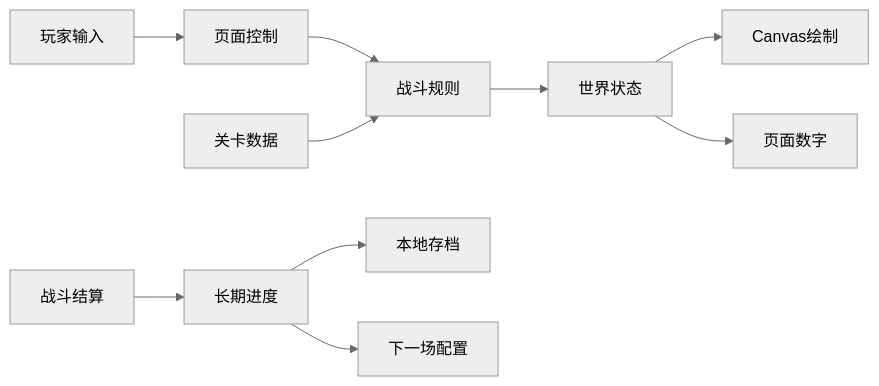
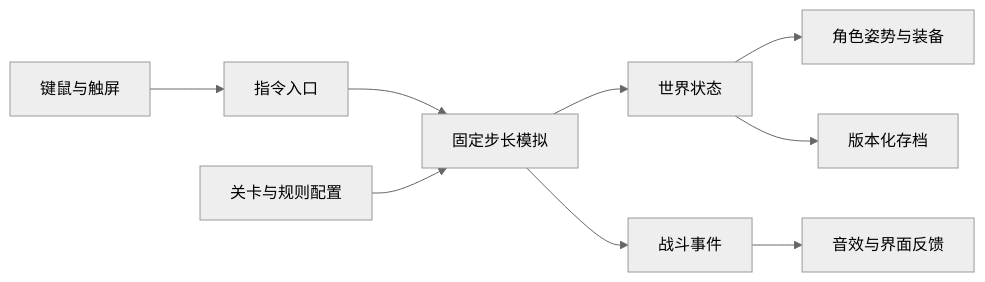
Before and after one commit to channely/ember-stick-war: the diagram in docs/设计与实现.md, drawn with Mermaid (neutral theme). The commit also changed other lines of this file and 57 other files, not shown here.

````diff
--- a/docs/设计与实现.md
+++ b/docs/设计与实现.md
@@ -7,12 +7,11 @@
 ```mermaid
 flowchart LR
- 玩家输入 --> 页面控制
- 页面控制 --> 战斗规则
- 关卡数据 --> 战斗规则
- 战斗规则 --> 世界状态
- 世界状态 --> Canvas绘制
- 世界状态 --> 页面数字
- 战斗结算 --> 长期进度
- 长期进度 --> 本地存档
- 长期进度 --> 下一场配置
+  键鼠与触屏 --> 指令入口
+  指令入口 --> 固定步长模拟
+  关卡与规则配置 --> 固定步长模拟
+  固定步长模拟 --> 世界状态
+  固定步长模拟 --> 战斗事件
+  世界状态 --> 角色姿势与装备
+  战斗事件 --> 音效与界面反馈
+  世界状态 --> 版本化存档
 ```
````
